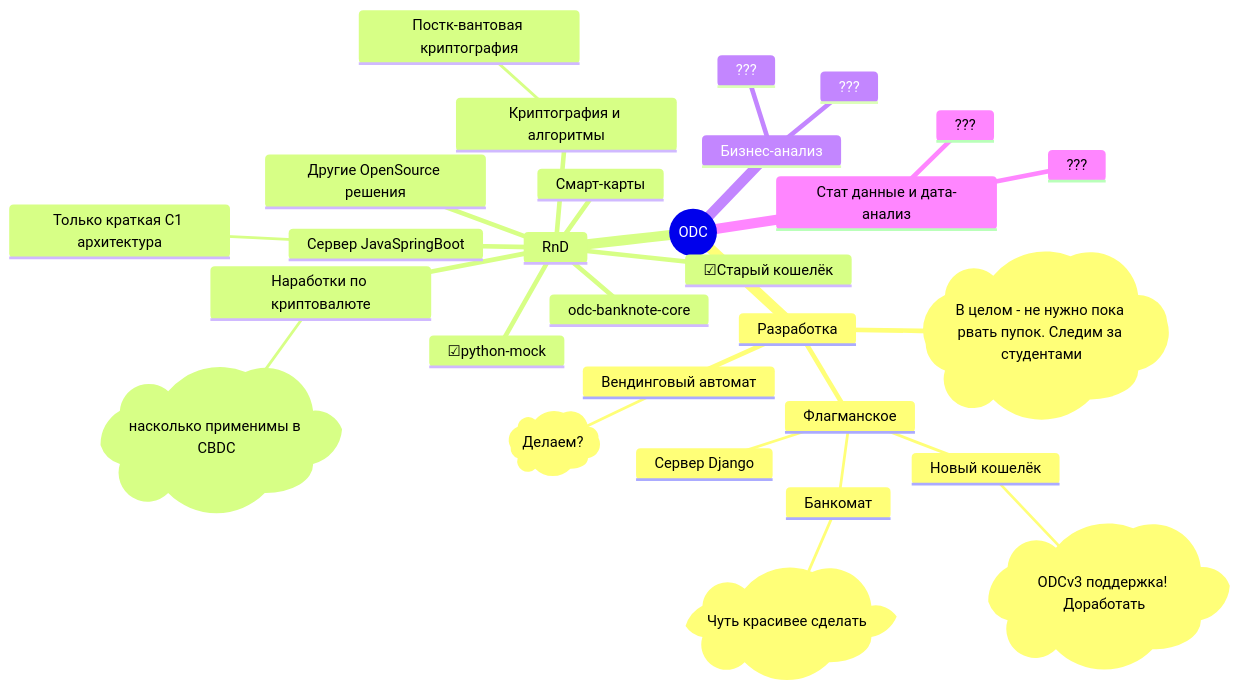
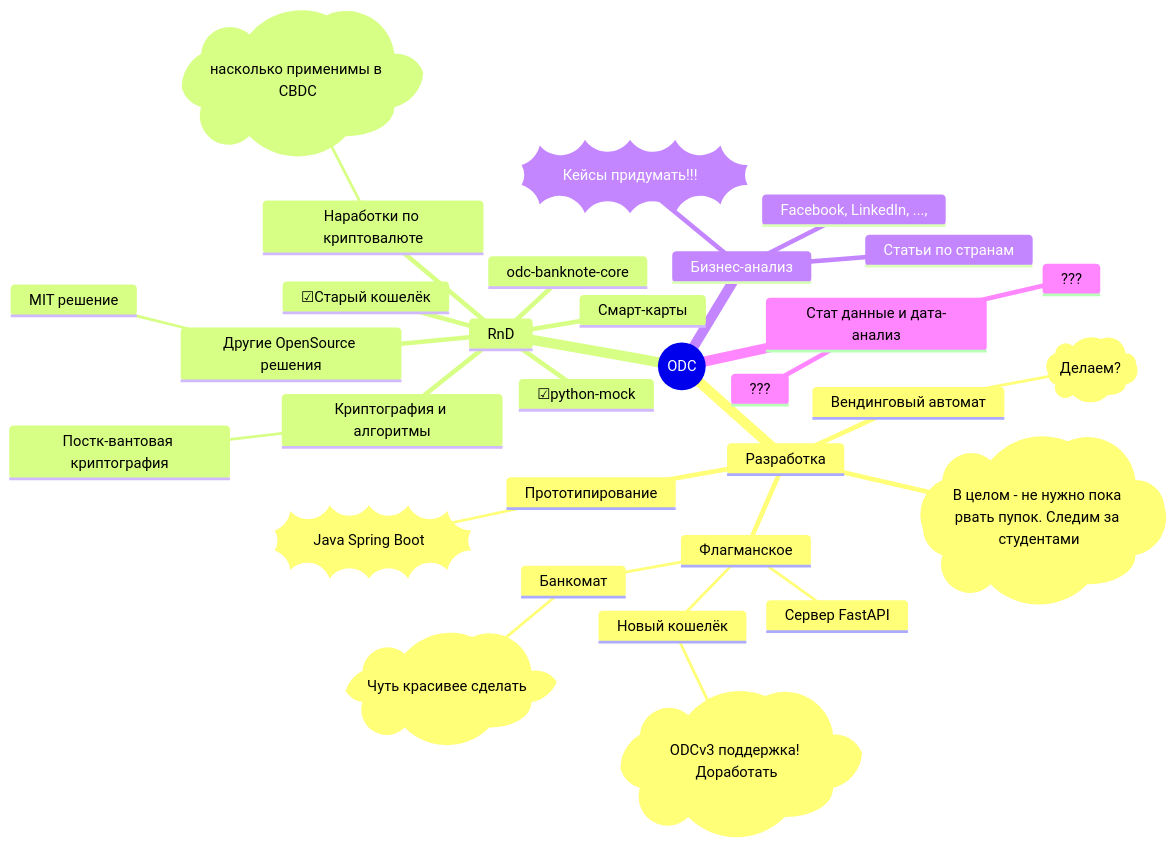
The third of 3 diagrams in docs/mindmap.md (kib-sources/odc-doc), drawn with Mermaid before and after one commit. The commit also changed other lines of this file and 1 other file, not shown here.

Commit message:
Замечания на звонке 2025.01.22

````diff
--- a/docs/mindmap.md
+++ b/docs/mindmap.md
@@ -97,33 +97,36 @@
 ```mermaid
 mindmap
   root((ODC))
     Разработка
         )В целом - не нужно пока рвать пупок. Следим за студентами(
 
         Флагманское
             Новый кошелёк
                 )ODCv3 поддержка! Доработать(
             Банкомат
                 )Чуть красивее сделать(
-            Сервер Django
+            Сервер FastAPI
         Вендинговый автомат
             )Делаем?(
+        Прототипирование
+            ))Java Spring Boot((
     RnD
         Криптография и алгоритмы
             Постк-вантовая криптография
         Другие OpenSource решения
+            MIT решение
         Наработки по криптовалюте
             )насколько применимы в CBDC(
         Смарт-карты
-        Сервер JavaSpringBoot
-            Только краткая C1 архитектура
         ☑Старый кошелёк
         ☑python-mock
         odc-banknote-core
     Бизнес-анализ
-        ???
-        ???
+        ))Кейсы придумать!!!((
+        Статьи по странам
+        Facebook, LinkedIn, ..., 
+        
     Стат данные и дата-анализ
         ???
         ???
 ```
````
